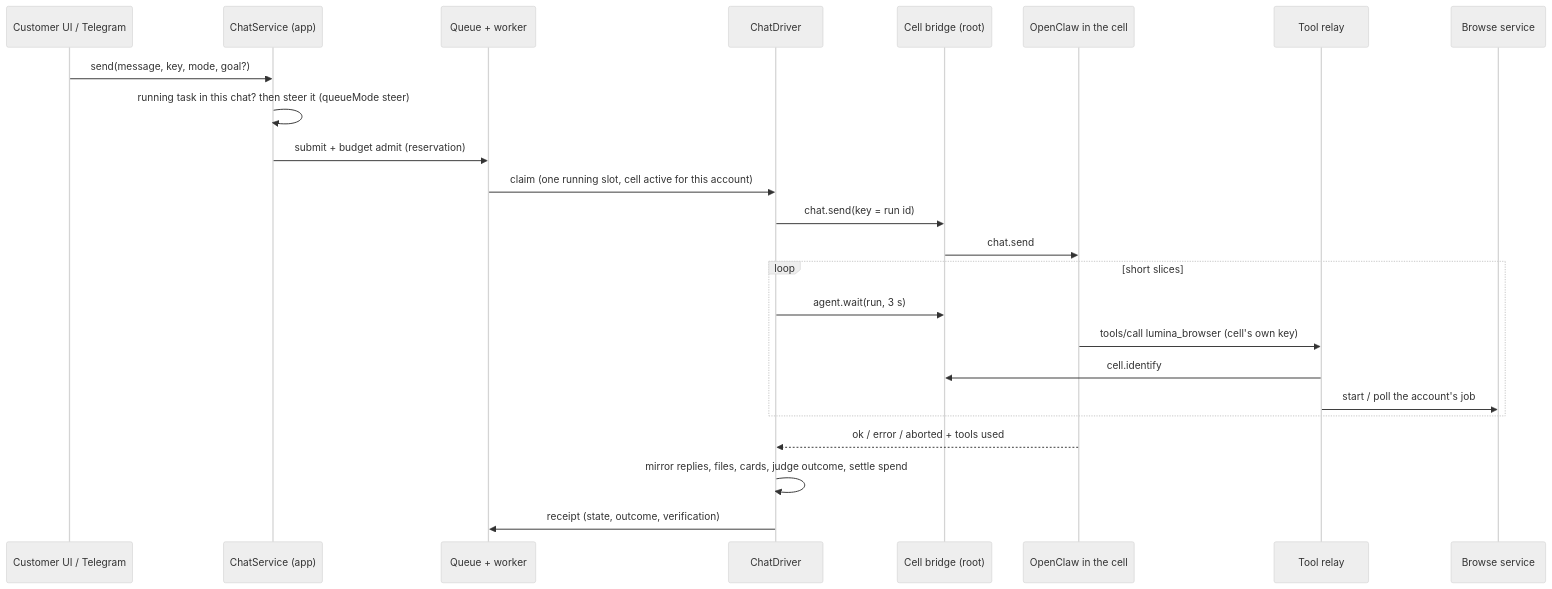
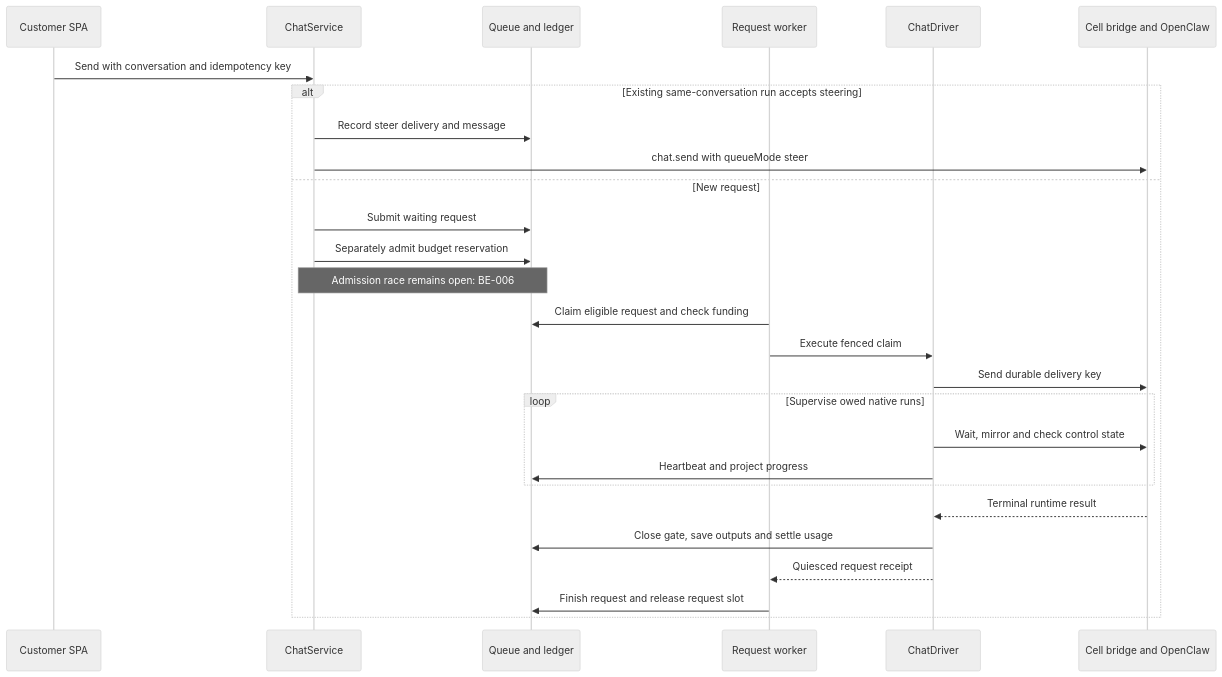
One commit to Parsarf/AgentAI changed the first of 3 diagrams in openclaw-project/docs/architecture/native-execution.md. Above: the diagram before and after it, drawn with Mermaid (neutral theme). The commit also changed other lines of this file and 33 other files, not shown here.

Commit message:
Rebuild current architecture reports and diagrams; retire superseded audits (AG-016, GH-017)

````diff
--- a/openclaw-project/docs/architecture/native-execution.md
+++ b/openclaw-project/docs/architecture/native-execution.md
@@ -24,26 +19,29 @@
 ```mermaid
 sequenceDiagram
-  participant C as Customer UI / Telegram
-  participant S as ChatService (app)
-  participant Q as Queue + worker
+  participant UI as Customer SPA
+  participant APP as ChatService
+  participant DB as Queue and ledger
+  participant W as Request worker
   participant D as ChatDriver
-  participant B as Cell bridge (root)
-  participant O as OpenClaw in the cell
-  participant R as Tool relay
-  participant W as Browse service
-  C->>S: send(message, key, mode, goal?)
-  S->>S: running task in this chat? then steer it (queueMode steer)
-  S->>Q: submit + budget admit (reservation)
-  Q->>D: claim (one running slot, cell active for this account)
-  D->>B: chat.send(key = run id)
-  B->>O: chat.send
-  loop short slices
-    D->>B: agent.wait(run, 3 s)
-    O->>R: tools/call lumina_browser (cell's own key)
-    R->>B: cell.identify
-    R->>W: start / poll the account's job
+  participant C as Cell bridge and OpenClaw
+  UI->>APP: Send with conversation and idempotency key
+  alt Existing same-conversation run accepts steering
+    APP->>DB: Record steer delivery and message
+    APP->>C: chat.send with queueMode steer
+  else New request
+    APP->>DB: Submit waiting request
+    APP->>DB: Separately admit budget reservation
+    Note over APP,DB: Admission race remains open: BE-006
+    W->>DB: Claim eligible request and check funding
+    W->>D: Execute fenced claim
+    D->>C: Send durable delivery key
+    loop Supervise owed native runs
+      D->>C: Wait, mirror and check control state
+      D->>DB: Heartbeat and project progress
+    end
+    C-->>D: Terminal runtime result
+    D->>DB: Close gate, save outputs and settle usage
+    D-->>W: Quiesced request receipt
+    W->>DB: Finish request and release request slot
   end
-  O-->>D: ok / error / aborted + tools used
-  D->>D: mirror replies, files, cards, judge outcome, settle spend
-  D->>Q: receipt (state, outcome, verification)
 ```
````
